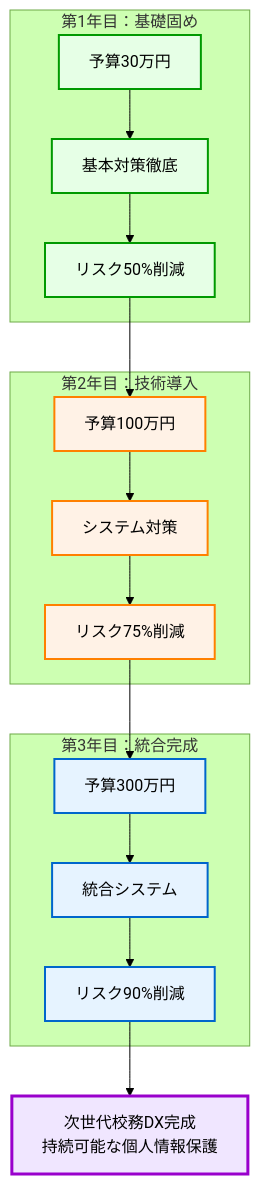
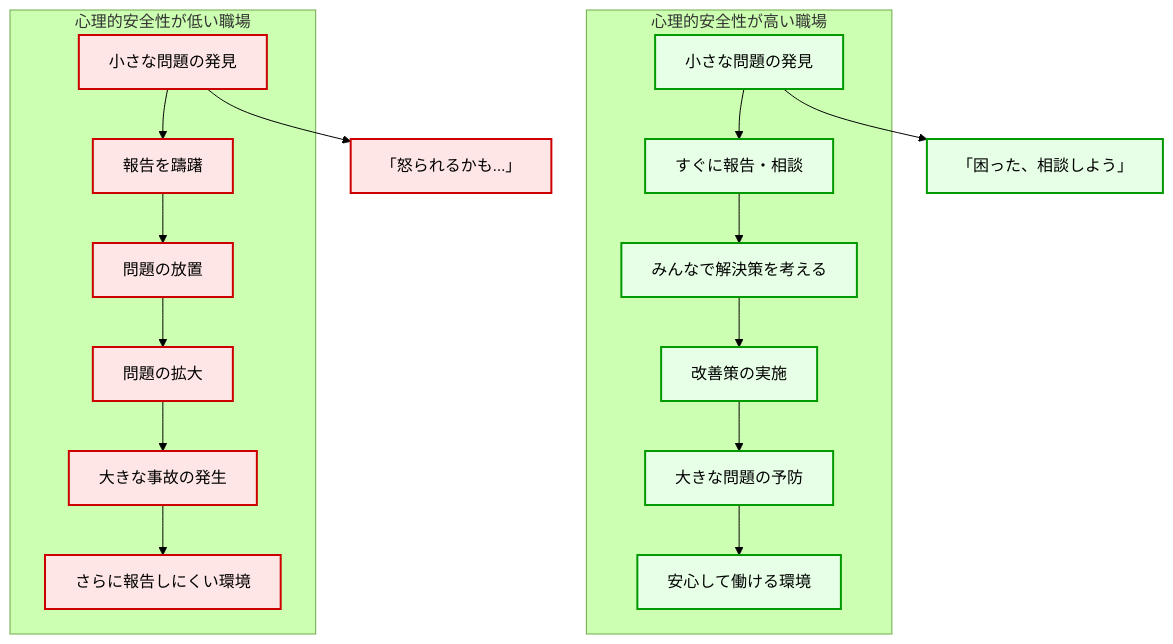
The eighth of 8 diagrams in books/d87165478af519/chapter10.md (nahisaho/zenn-writing-collection), drawn with Mermaid (forest theme) before and after one commit. The commit also changed other lines of this file and 17 other files, not shown here.

````diff
--- a/books/d87165478af519/chapter10.md
+++ b/books/d87165478af519/chapter10.md
@@ -447,38 +955,27 @@
 ```mermaid
-graph TD
-    subgraph Year1[第1年目：基礎固め]
-        Y1A[予算30万円]
-        Y1B[基本対策徹底]
-        Y1C[リスク50%削減]
-        Y1A --> Y1B --> Y1C
+graph TB
+    subgraph 心理的安全性が高い職場
+        A[小さな問題の発見] --> B[すぐに報告・相談]
+        B --> C[みんなで解決策を考える]
+        C --> D[改善策の実施]
+        D --> E[大きな問題の予防]
+        E --> F[安心して働ける環境]
     end
     
-    subgraph Year2[第2年目：技術導入]
-        Y2A[予算100万円]
-        Y2B[システム対策]
-        Y2C[リスク75%削減]
-        Y2A --> Y2B --> Y2C
+    subgraph 心理的安全性が低い職場
+        G[小さな問題の発見] --> H[報告を躊躇]
+        H --> I[問題の放置]
+        I --> J[問題の拡大]
+        J --> K[大きな事故の発生]
+        K --> L[さらに報告しにくい環境]
     end
     
-    subgraph Year3[第3年目：統合完成]
-        Y3A[予算300万円]
-        Y3B[統合システム]
-        Y3C[リスク90%削減]
-        Y3A --> Y3B --> Y3C
-    end
+    A --> A1[「困った、相談しよう」]
+    G --> G1[「怒られるかも...」]
     
-    Y1C --> Y2A
-    Y2C --> Y3A
+    classDef positive fill:#e6ffe6,stroke:#009900,stroke-width:2px
+    classDef negative fill:#ffe6e6,stroke:#cc0000,stroke-width:2px
     
-    Y3C --> Result[次世代校務DX完成<br/>持続可能な個人情報保護]
-    
-    classDef year1 fill:#e6ffe6,stroke:#009900,stroke-width:2px
-    classDef year2 fill:#fff2e6,stroke:#ff8000,stroke-width:2px
-    classDef year3 fill:#e6f3ff,stroke:#0066cc,stroke-width:2px
-    classDef result fill:#f0e6ff,stroke:#9900cc,stroke-width:3px
-    
-    class Y1A,Y1B,Y1C year1
-    class Y2A,Y2B,Y2C year2
-    class Y3A,Y3B,Y3C year3
-    class Result result
+    class A,B,C,D,E,F,A1 positive
+    class G,H,I,J,K,L,G1 negative
 ```
````
